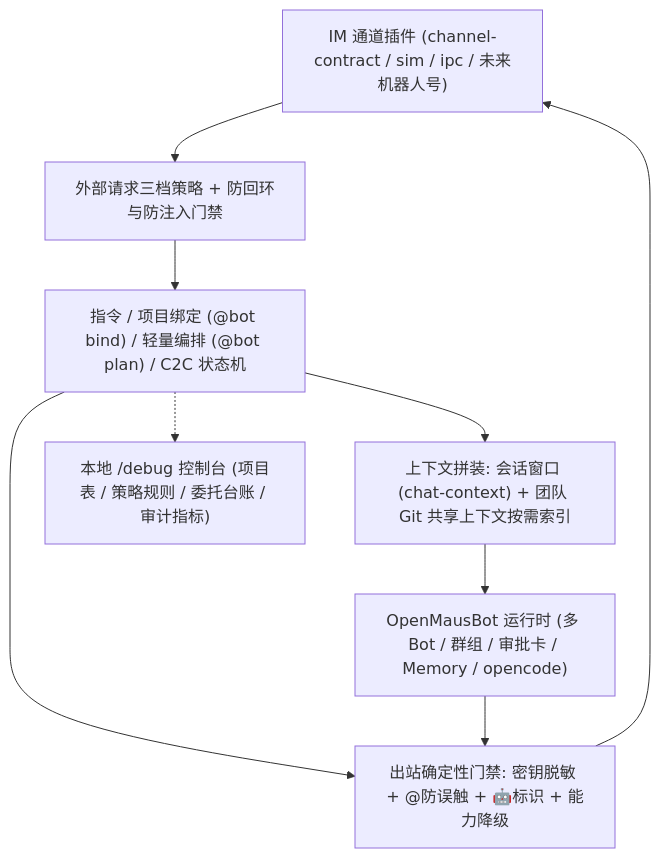
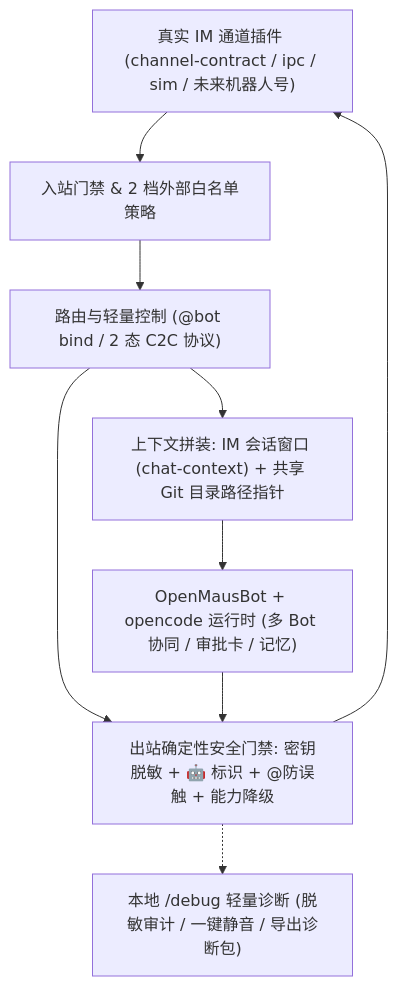
Before and after one commit to penclipai/co-bot: the diagram in docs/ROADMAP.md, drawn with Mermaid. The commit also changed other lines of this file and 1 other file, not shown here.

Commit message:
docs: simplify co-bot roadmap to lean 3-step architecture

````diff
--- a/docs/ROADMAP.md
+++ b/docs/ROADMAP.md
@@ -39,10 +32,10 @@
 ```mermaid
 flowchart TB
-  IM["IM 通道插件 (channel-contract / sim / ipc / 未来机器人号)"] --> Policy["外部请求三档策略 + 防回环与防注入门禁"]
-  Policy --> Router["指令 / 项目绑定 (@bot bind) / 轻量编排 (@bot plan) / C2C 状态机"]
-  Router --> Context["上下文拼装: 会话窗口 (chat-context) + 团队 Git 共享上下文按需索引"]
-  Router --> Guard["出站确定性门禁: 密钥脱敏 + @防误触 + 🤖标识 + 能力降级"]
-  Context --> OMB["OpenMausBot 运行时 (多 Bot / 群组 / 审批卡 / Memory / opencode)"]
+  IM["真实 IM 通道插件 (channel-contract / ipc / sim / 未来机器人号)"] --> Inbound["入站门禁 & 2 档外部白名单策略"]
+  Inbound --> Router["路由与轻量控制 (@bot bind / 2 态 C2C 协议)"]
+  Router --> Context["上下文拼装: IM 会话窗口 (chat-context) + 共享 Git 目录路径指针"]
+  Router --> Guard["出站确定性安全门禁: 密钥脱敏 + 🤖 标识 + @防误触 + 能力降级"]
+  Context --> OMB["OpenMausBot + opencode 运行时 (多 Bot 协同 / 审批卡 / 记忆)"]
   OMB --> Guard --> IM
-  Router -.-> Debug["本地 /debug 控制台 (项目表 / 策略规则 / 委托台账 / 审计指标)"]
+  Guard -.-> Debug["本地 /debug 轻量诊断 (脱敏审计 / 一键静音 / 导出诊断包)"]
 ```
````
